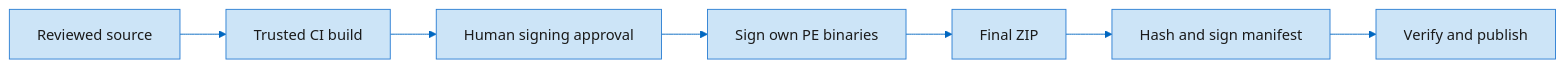
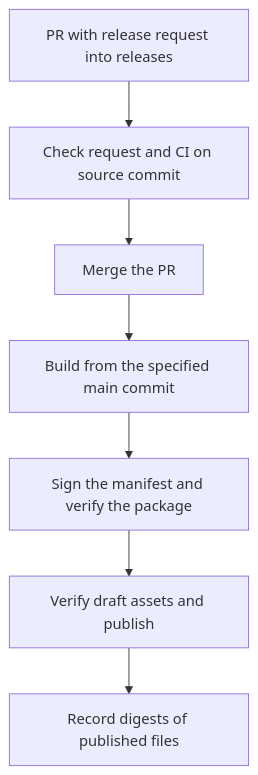
One commit to MrAliev/local-ai-toolkit changed the diagram in docs/wiki/Trust-and-security.md. Above: the diagram before and after it, drawn with Mermaid. The commit also changed other lines of this file and 26 other files, not shown here.

````diff
--- a/docs/wiki/Trust-and-security.md
+++ b/docs/wiki/Trust-and-security.md
@@ -12,20 +16,9 @@
 ```mermaid
----
-config:
-  theme: base
-  themeVariables:
-    primaryColor: "#CCE4F7"
-    primaryTextColor: "#1A1A1A"
-    primaryBorderColor: "#2D7FD3"
-    lineColor: "#0067C0"
-    secondaryColor: "#FAFAFA"
-    tertiaryColor: "#F3F3F3"
----
-flowchart LR
-  source["Reviewed source"] --> build["Trusted CI build"]
-  build --> approval["Human signing approval"]
-  approval --> own["Sign own PE binaries"]
-  own --> package["Final ZIP"]
-  package --> manifest["Hash and sign manifest"]
-  manifest --> verify["Verify and publish"]
+flowchart TB
+  request["PR with release request into releases"] --> check["Check request and CI on source commit"]
+  check --> merge["Merge the PR"]
+  merge --> build["Build from the specified main commit"]
+  build --> sign["Sign the manifest and verify the package"]
+  sign --> assets["Verify draft assets and publish"]
+  assets --> record["Record digests of published files"]
 ```
````
